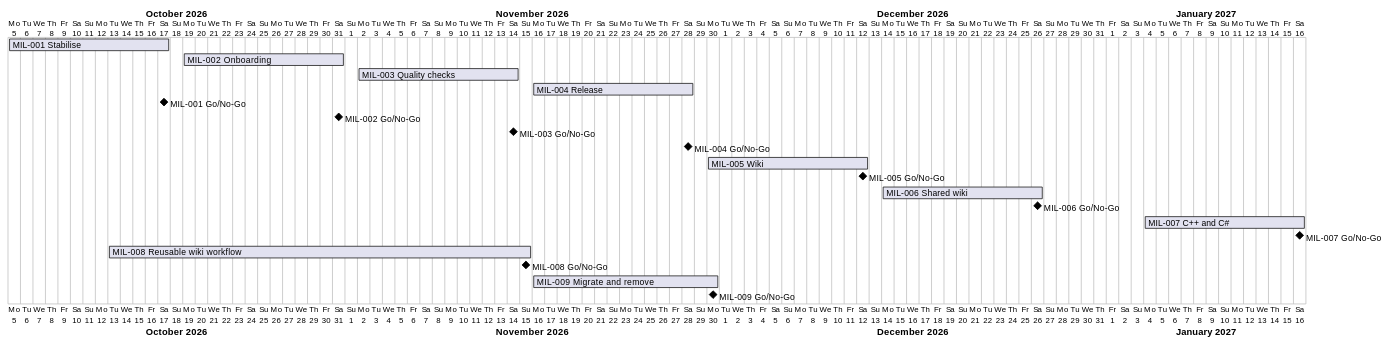
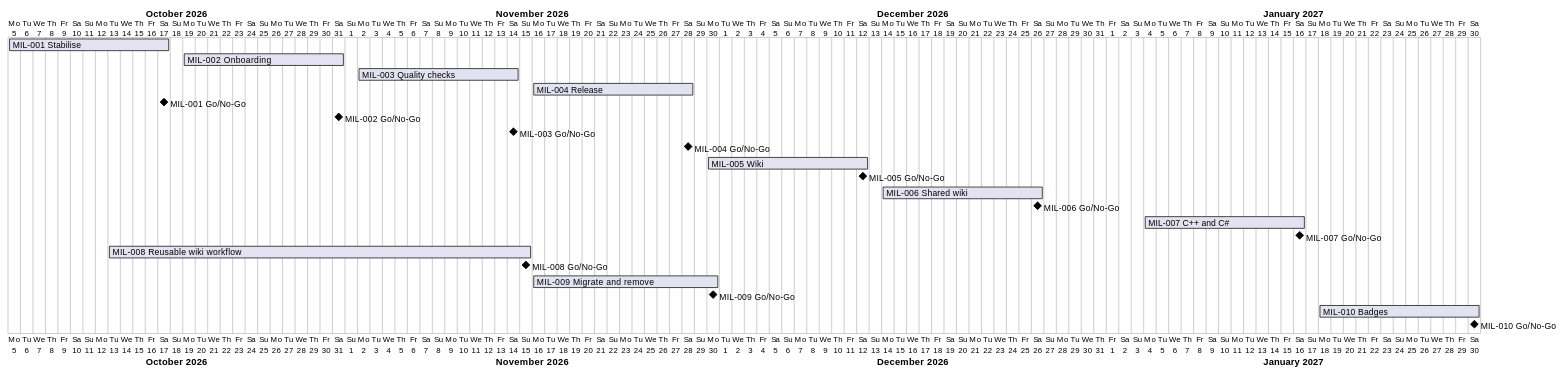
The diagram in docs/project-plan.md (TirSystem/git-workflows), drawn with PlantUML before and after one commit. The commit also changed other lines of this file and 6 other files, not shown here.

First line of the commit message:
MIL-010: plan the code metrics and coverage badges workflow

````diff
--- a/docs/project-plan.md
+++ b/docs/project-plan.md
@@ -43,23 +44,25 @@
 ```plantuml
 @startgantt
 Project starts 2026-10-05
 [MIL-001 Stabilise] starts 2026-10-05 and ends 2026-10-17
 [MIL-002 Onboarding] starts 2026-10-19 and ends 2026-10-31
 [MIL-003 Quality checks] starts 2026-11-02 and ends 2026-11-14
 [MIL-004 Release] starts 2026-11-16 and ends 2026-11-28
 [MIL-001 Go/No-Go] happens 2026-10-17
 [MIL-002 Go/No-Go] happens 2026-10-31
 [MIL-003 Go/No-Go] happens 2026-11-14
 [MIL-004 Go/No-Go] happens 2026-11-28
 [MIL-005 Wiki] starts 2026-11-30 and ends 2026-12-12
 [MIL-005 Go/No-Go] happens 2026-12-12
 [MIL-006 Shared wiki] starts 2026-12-14 and ends 2026-12-26
 [MIL-006 Go/No-Go] happens 2026-12-26
 [MIL-007 C++ and C#] starts 2027-01-04 and ends 2027-01-16
 [MIL-007 Go/No-Go] happens 2027-01-16
 [MIL-008 Reusable wiki workflow] starts 2026-10-13 and ends 2026-11-15
 [MIL-008 Go/No-Go] happens 2026-11-15
 [MIL-009 Migrate and remove] starts 2026-11-16 and ends 2026-11-30
 [MIL-009 Go/No-Go] happens 2026-11-30
+[MIL-010 Badges] starts 2027-01-18 and ends 2027-01-30
+[MIL-010 Go/No-Go] happens 2027-01-30
 @endgantt
 ```
````
